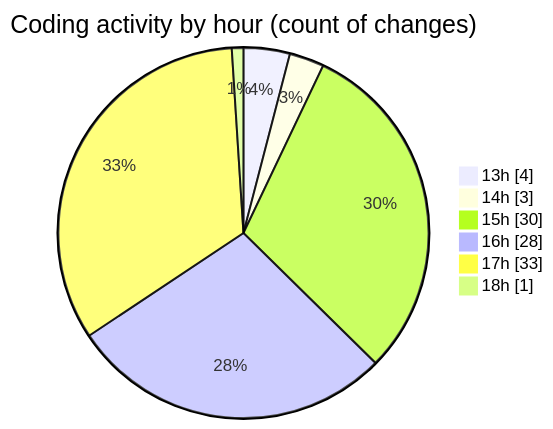
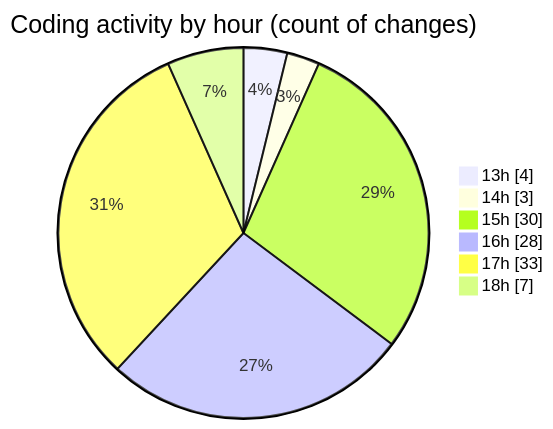
Before and after one commit to EIIisD/code-tracking: the second of 2 diagrams in 2025-08-11/ribbon/README.md, drawn with Mermaid. The commit also changed other lines of this file and 1 other file, not shown here.

````diff
--- a/2025-08-11/ribbon/README.md
+++ b/2025-08-11/ribbon/README.md
@@ -52,10 +52,10 @@
 ```mermaid
 pie showData
 title Coding activity by hour (count of changes)
 "13h" : 4
 "14h" : 3
 "15h" : 30
 "16h" : 28
 "17h" : 33
-"18h" : 1
+"18h" : 7
 ```
````
